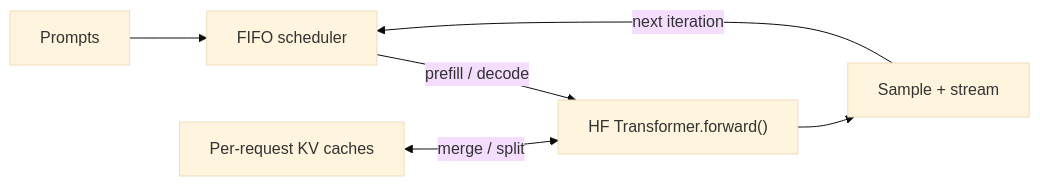
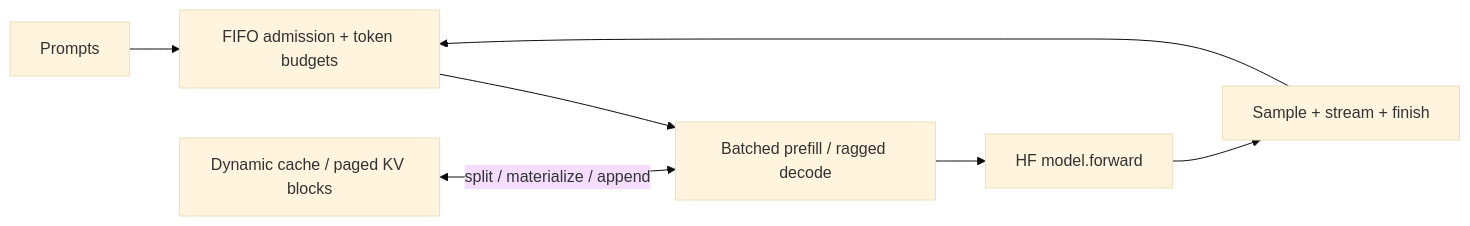
Before and after one commit to harshb16/minfer: the diagram in README.md, drawn with Mermaid (base theme). The commit also changed other lines of this file and 4 other files, not shown here.

````diff
--- a/README.md
+++ b/README.md
@@ -5,8 +69,9 @@
 ```mermaid
 flowchart LR
-    A[Prompts] --> B[FIFO scheduler]
-    B -->|prefill / decode| C["HF Transformer.forward()"]
-    C --> D[Sample + stream]
-    D -->|next iteration| B
-    K[Per-request KV caches] <-->|merge / split| C
+    A[Prompts] --> B[FIFO admission + token budgets]
+    B --> C[Batched prefill / ragged decode]
+    C --> D[HF model.forward]
+    D --> E[Sample + stream + finish]
+    E --> B
+    K[Dynamic cache / paged KV blocks] <-->|split / materialize / append| C
 ```
````
